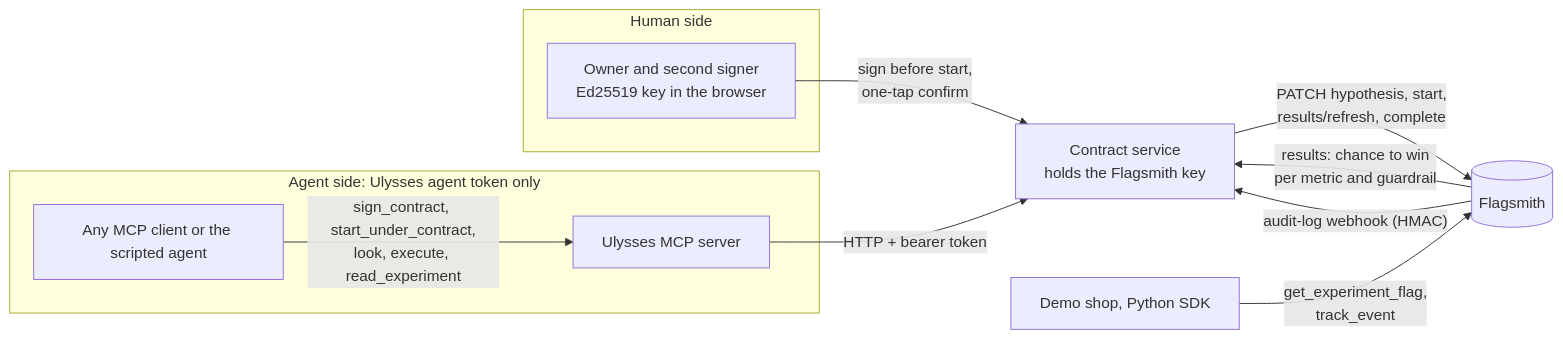
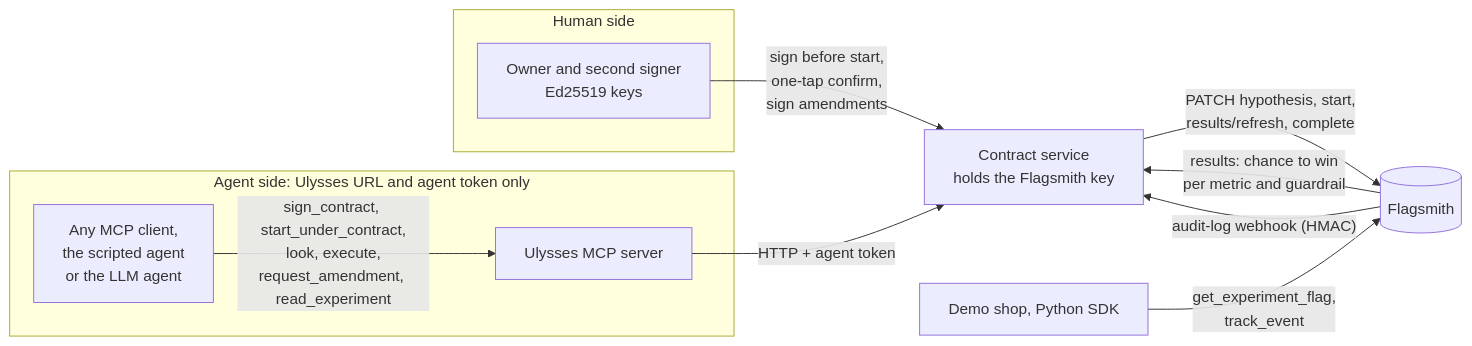
One commit to Dakshhhhh-ops/ulysses changed the diagram in README.md. Above: the diagram before and after it, drawn with Mermaid. The commit also changed other lines of this file, not shown here.

````diff
--- a/README.md
+++ b/README.md
@@ -91,15 +108,15 @@
 ```mermaid
 flowchart LR
-  subgraph agent["Agent side: Ulysses agent token only"]
-    A[Any MCP client or the scripted agent] -- "sign_contract, start_under_contract,<br/>look, execute, read_experiment" --> M[Ulysses MCP server]
+  subgraph agent["Agent side: Ulysses URL and agent token only"]
+    A[Any MCP client,<br/>the scripted agent<br/>or the LLM agent] -- "sign_contract, start_under_contract,<br/>look, execute,<br/>request_amendment, read_experiment" --> M[Ulysses MCP server]
   end
   subgraph human["Human side"]
-    O[Owner and second signer<br/>Ed25519 key in the browser]
+    O[Owner and second signer<br/>Ed25519 keys]
   end
-  M -- HTTP + bearer token --> S[Contract service<br/>holds the Flagsmith key]
-  O -- sign before start,<br/>one-tap confirm --> S
+  M -- "HTTP + agent token" --> S[Contract service<br/>holds the Flagsmith key]
+  O -- "sign before start,<br/>one-tap confirm,<br/>sign amendments" --> S
   S -- "PATCH hypothesis, start,<br/>results/refresh, complete" --> FS[(Flagsmith)]
   FS -- "results: chance to win<br/>per metric and guardrail" --> S
   FS -- "audit-log webhook (HMAC)" --> S
   SH[Demo shop, Python SDK] -- "get_experiment_flag,<br/>track_event" --> FS
 ```
````
